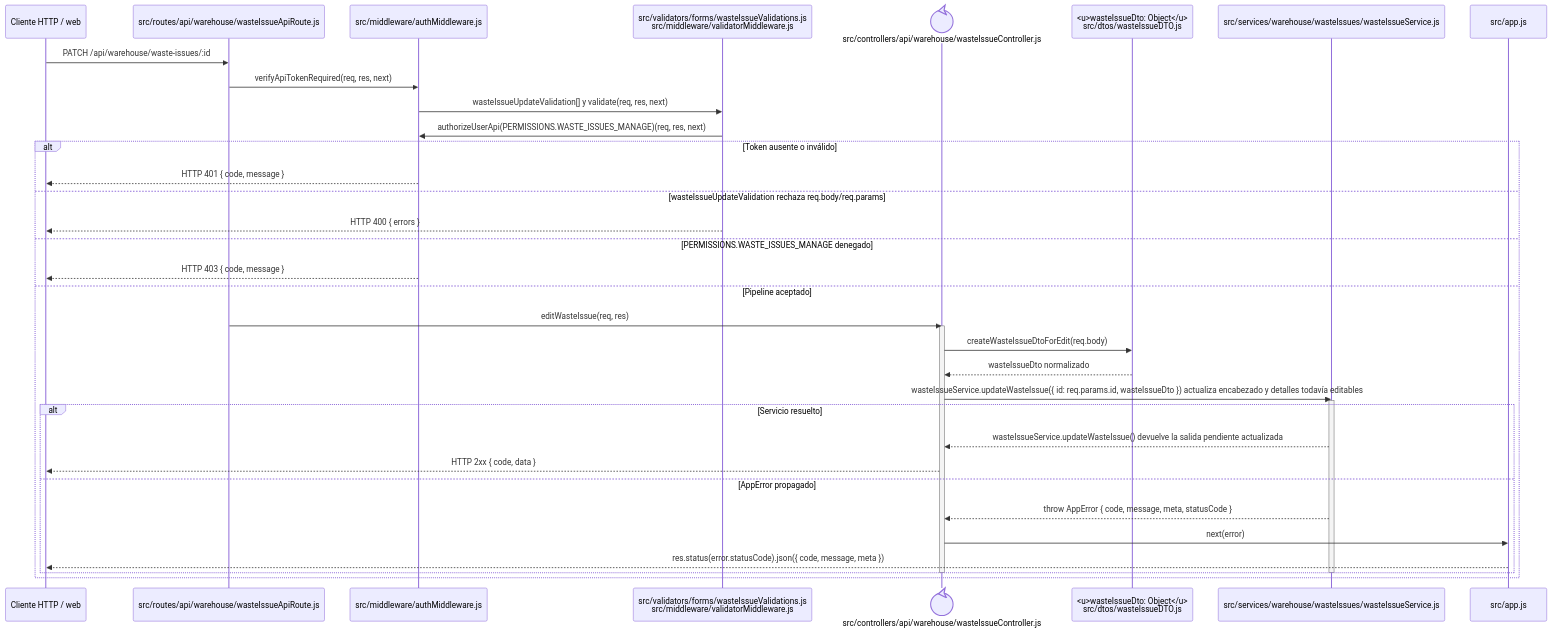
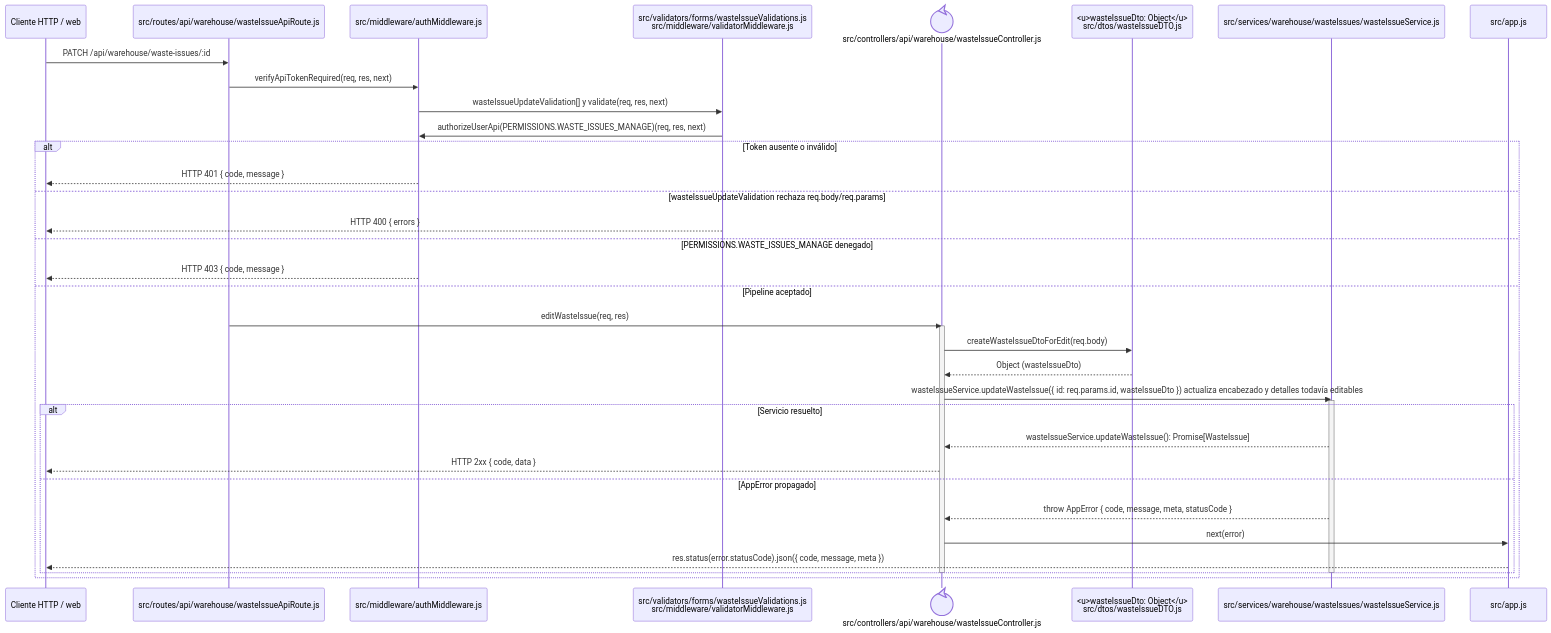
The diagram in docs/architecture/backend-code-sequences/issues/cu-sal-11.md (gpgsistemas01/nexus), drawn with Mermaid before and after one commit. The commit also changed 146 other files, not shown here.

````diff
--- a/docs/architecture/backend-code-sequences/issues/cu-sal-11.md
+++ b/docs/architecture/backend-code-sequences/issues/cu-sal-11.md
@@ -6,40 +6,40 @@
 ```mermaid
 sequenceDiagram
     participant Client as Cliente HTTP / web
     participant Route as src/routes/api/warehouse/wasteIssueApiRoute.js
     participant Auth as src/middleware/authMiddleware.js
     participant Validator as src/validators/forms/wasteIssueValidations.js<br/>src/middleware/validatorMiddleware.js
     participant Controller@{ "type": "control" } as src/controllers/api/warehouse/wasteIssueController.js
     participant IssueDto as <u>wasteIssueDto: Object</u><br/>src/dtos/wasteIssueDTO.js
     participant Domain as src/services/warehouse/wasteIssues/wasteIssueService.js
     participant ErrorHandler as src/app.js
 
     Client->>Route: PATCH /api/warehouse/waste-issues/:id
     Route->>Auth: verifyApiTokenRequired(req, res, next)
     Auth->>Validator: wasteIssueUpdateValidation[] y validate(req, res, next)
     Validator->>Auth: authorizeUserApi(PERMISSIONS.WASTE_ISSUES_MANAGE)(req, res, next)
     alt Token ausente o inválido
         Auth-->>Client: HTTP 401 { code, message }
     else wasteIssueUpdateValidation rechaza req.body/req.params
         Validator-->>Client: HTTP 400 { errors }
     else PERMISSIONS.WASTE_ISSUES_MANAGE denegado
         Auth-->>Client: HTTP 403 { code, message }
     else Pipeline aceptado
         Route->>Controller: editWasteIssue(req, res)
         activate Controller
         Controller->>IssueDto: createWasteIssueDtoForEdit(req.body)
-        IssueDto-->>Controller: wasteIssueDto normalizado
+        IssueDto-->>Controller: Object (wasteIssueDto)
         Controller->>Domain: wasteIssueService.updateWasteIssue({ id: req.params.id, wasteIssueDto }) actualiza encabezado y detalles todavía editables
         activate Domain
         alt Servicio resuelto
-            Domain-->>Controller: wasteIssueService.updateWasteIssue() devuelve la salida pendiente actualizada
+            Domain-->>Controller: wasteIssueService.updateWasteIssue(): Promise[WasteIssue]
             Controller-->>Client: HTTP 2xx { code, data }
         else AppError propagado
             Domain-->>Controller: throw AppError { code, message, meta, statusCode }
             Controller->>ErrorHandler: next(error)
             ErrorHandler-->>Client: res.status(error.statusCode).json({ code, message, meta })
         end
         deactivate Domain
         deactivate Controller
     end
 ```
````
